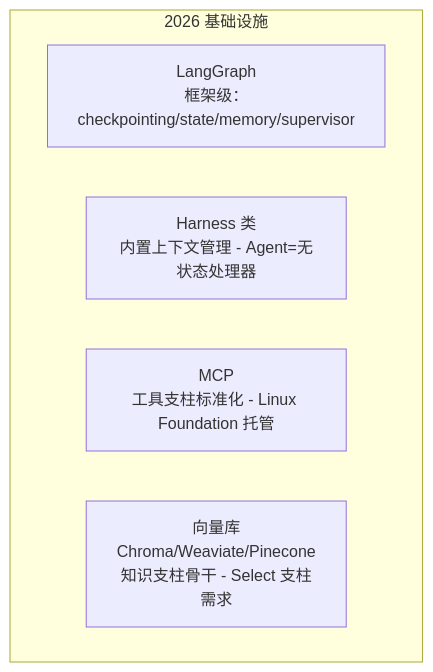
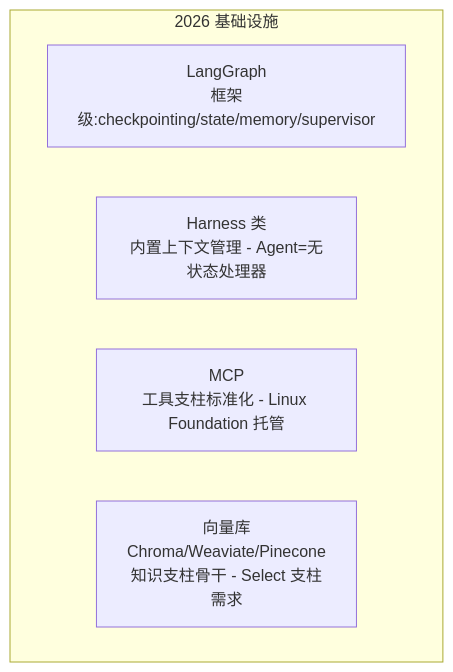
Before and after one commit to xiaobo1997/programmer-knowledge-graph: the fourth of 4 diagrams in docs/ai/入门层/从零开始认识AI系列/11_Prompt与Context.md, drawn with Mermaid. The commit also changed other lines of this file and 217 other files, not shown here.

````diff
--- a/docs/ai/入门层/从零开始认识AI系列/11_Prompt与Context.md
+++ b/docs/ai/入门层/从零开始认识AI系列/11_Prompt与Context.md
@@ -196,9 +200,9 @@
 ```mermaid
 flowchart TD
     subgraph Infra[2026 基础设施]
-        L[LangGraph<br/>框架级：checkpointing/state/memory/supervisor]
+        L[LangGraph<br/>框架级:checkpointing/state/memory/supervisor]
         H[Harness 类<br/>内置上下文管理 - Agent=无状态处理器]
         M[MCP<br/>工具支柱标准化 - Linux Foundation 托管]
         V[向量库<br/>Chroma/Weaviate/Pinecone<br/>知识支柱骨干 - Select 支柱需求]
     end
 ```
````
